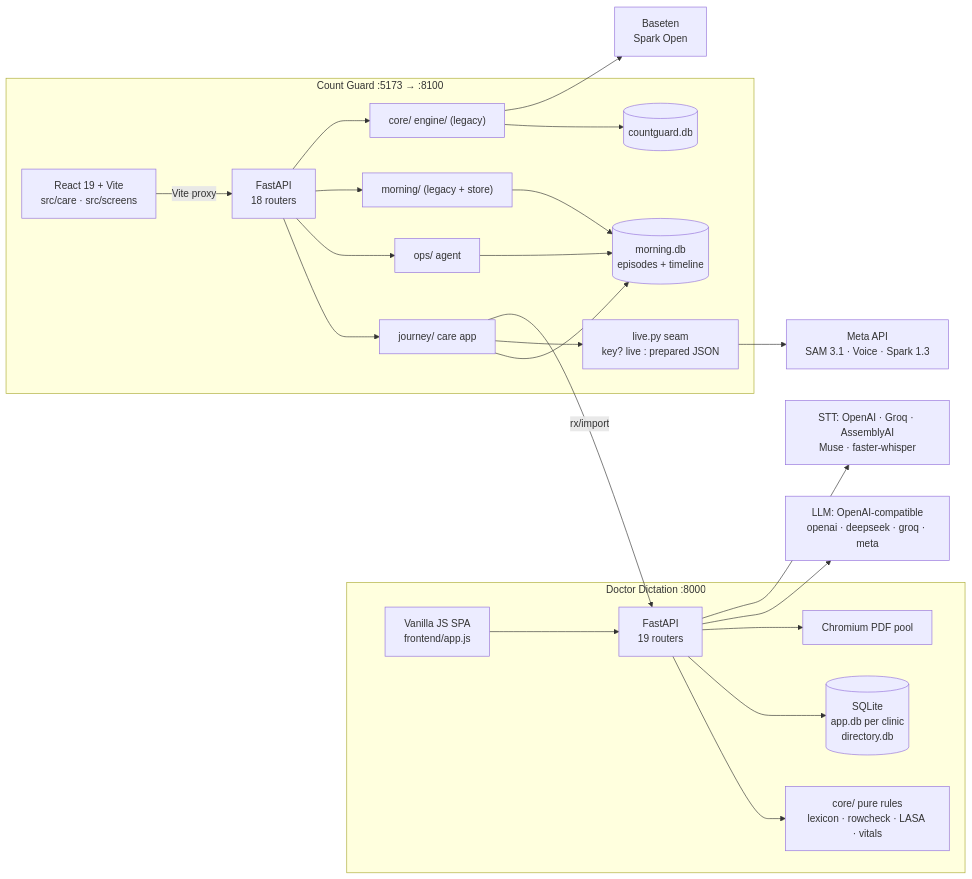
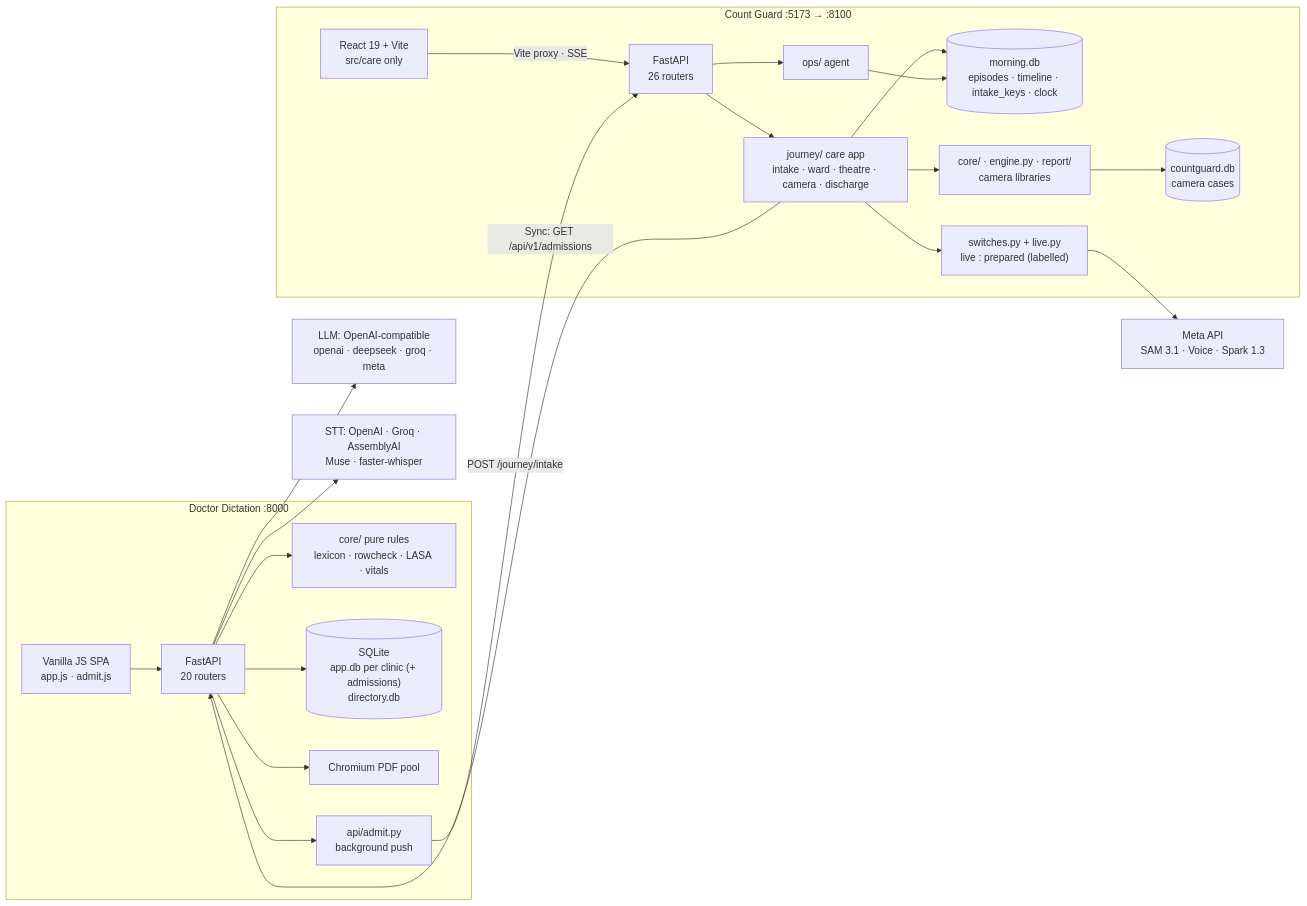
One commit to lvnpred/hackathon26-proof changed the second of 12 diagrams in docs/product-overview/ARCHITECTURE_OVERVIEW.md. Above: the diagram before and after it, drawn with Mermaid. The commit also changed other lines of this file and 10 other files, not shown here.

````diff
--- a/docs/product-overview/ARCHITECTURE_OVERVIEW.md
+++ b/docs/product-overview/ARCHITECTURE_OVERVIEW.md
@@ -39,24 +38,23 @@
 ```mermaid
 flowchart LR
   subgraph DDapp["Doctor Dictation :8000"]
-    DUI["Vanilla JS SPA<br/>frontend/app.js"] --> DAPI["FastAPI<br/>19 routers"]
+    DUI["Vanilla JS SPA<br/>app.js · admit.js"] --> DAPI["FastAPI<br/>20 routers"]
     DAPI --> DCORE["core/ pure rules<br/>lexicon · rowcheck · LASA · vitals"]
-    DAPI --> DDB[("SQLite<br/>app.db per clinic<br/>directory.db")]
+    DAPI --> DDB[("SQLite<br/>app.db per clinic (+ admissions)<br/>directory.db")]
     DAPI --> PDF["Chromium PDF pool"]
+    DAPI --> ADM["api/admit.py<br/>background push"]
   end
   subgraph CGapp["Count Guard :5173 → :8100"]
-    CUI["React 19 + Vite<br/>src/care · src/screens"] -->|"Vite proxy"| CAPI["FastAPI<br/>18 routers"]
-    CAPI --> J["journey/ care app"]
+    CUI["React 19 + Vite<br/>src/care only"] -->|"Vite proxy · SSE"| CAPI["FastAPI<br/>26 routers"]
+    CAPI --> J["journey/ care app<br/>intake · ward · theatre · camera · discharge"]
     CAPI --> O["ops/ agent"]
-    CAPI --> M["morning/ (legacy + store)"]
-    CAPI --> V1["core/ engine/ (legacy)"]
-    J & O & M --> MDB[("morning.db<br/>episodes + timeline")]
-    V1 --> CDB[("countguard.db")]
-    J --> LIVE["live.py seam<br/>key? live : prepared JSON"]
+    J & O --> MDB[("morning.db<br/>episodes · timeline · intake_keys · clock")]
+    J --> CAM["core/ · engine.py · report/<br/>camera libraries"] --> CDB[("countguard.db<br/>camera cases")]
+    J --> SW["switches.py + live.py<br/>live : prepared (labelled)"]
   end
   DAPI --> LLM["LLM: OpenAI-compatible<br/>openai · deepseek · groq · meta"]
   DAPI --> STT["STT: OpenAI · Groq · AssemblyAI<br/>Muse · faster-whisper"]
-  LIVE --> META["Meta API<br/>SAM 3.1 · Voice · Spark 1.3"]
-  V1 --> BT["Baseten<br/>Spark Open"]
-  J -->|"rx/import"| DAPI
+  SW --> META["Meta API<br/>SAM 3.1 · Voice · Spark 1.3"]
+  ADM -->|"POST /journey/intake"| CAPI
+  J -->|"Sync: GET /api/v1/admissions"| DAPI
 ```
````
